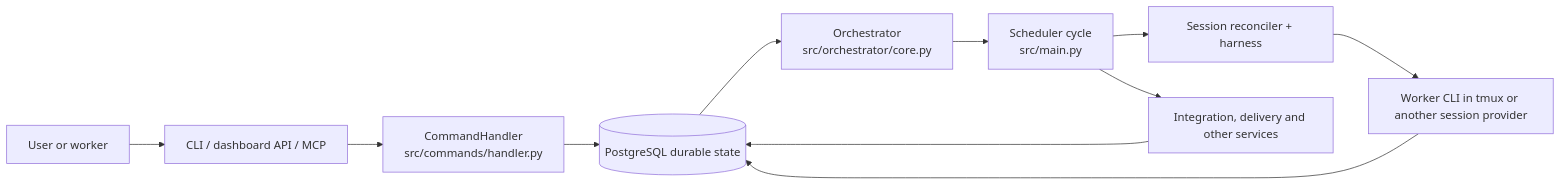
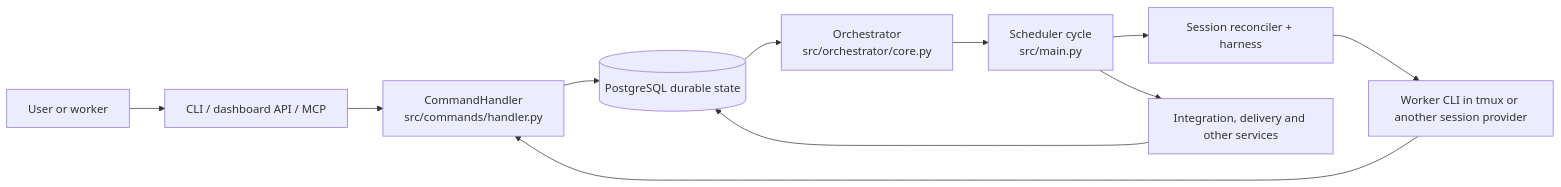
The first of 3 diagrams in docs/concepts/architecture.md (ElectricJack/agent-queue), drawn with Mermaid before and after one commit. The commit also changed other lines of this file and 15 other files, not shown here.

Commit message:
docs: align daemon-core architecture with current behavior

````diff
--- a/docs/concepts/architecture.md
+++ b/docs/concepts/architecture.md
@@ -28,13 +28,13 @@
 ```mermaid
 flowchart LR
     U[User or worker] --> S[CLI / dashboard API / MCP]
     S --> H[CommandHandler\nsrc/commands/handler.py]
     H --> D[(PostgreSQL durable state)]
     D --> O[Orchestrator\nsrc/orchestrator/core.py]
     O --> C[Scheduler cycle\nsrc/main.py]
     C --> R[Session reconciler + harness]
     R --> W[Worker CLI in tmux or another session provider]
-    W --> D
+    W --> H
     C --> I[Integration, delivery and other services]
     I --> D
 ```
````
